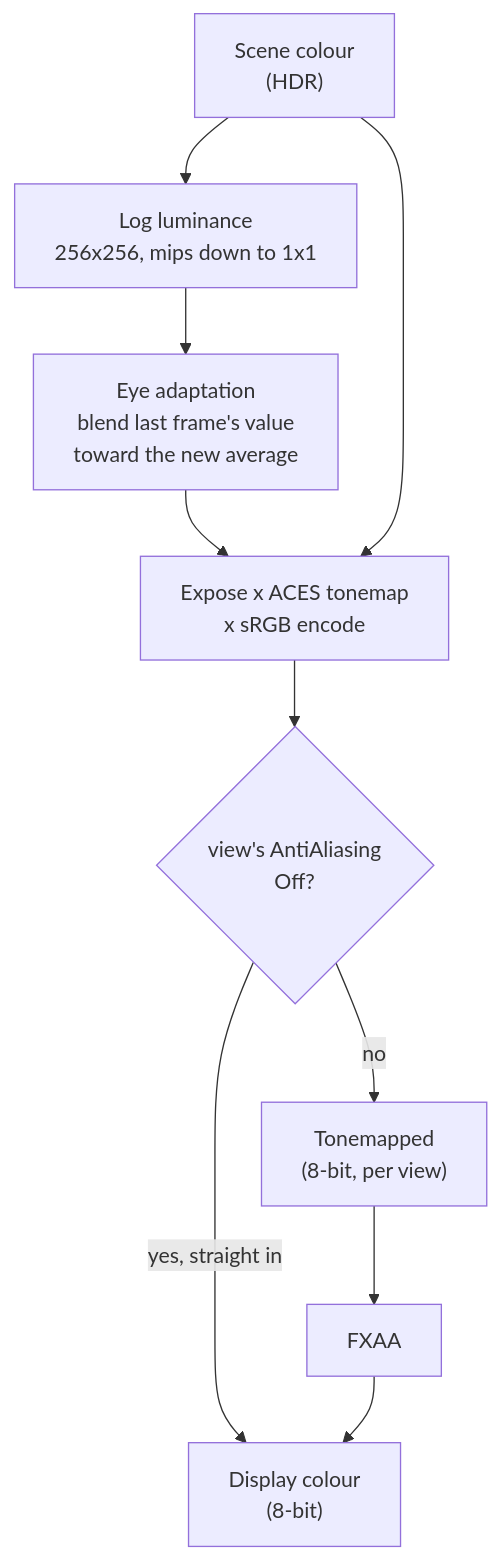
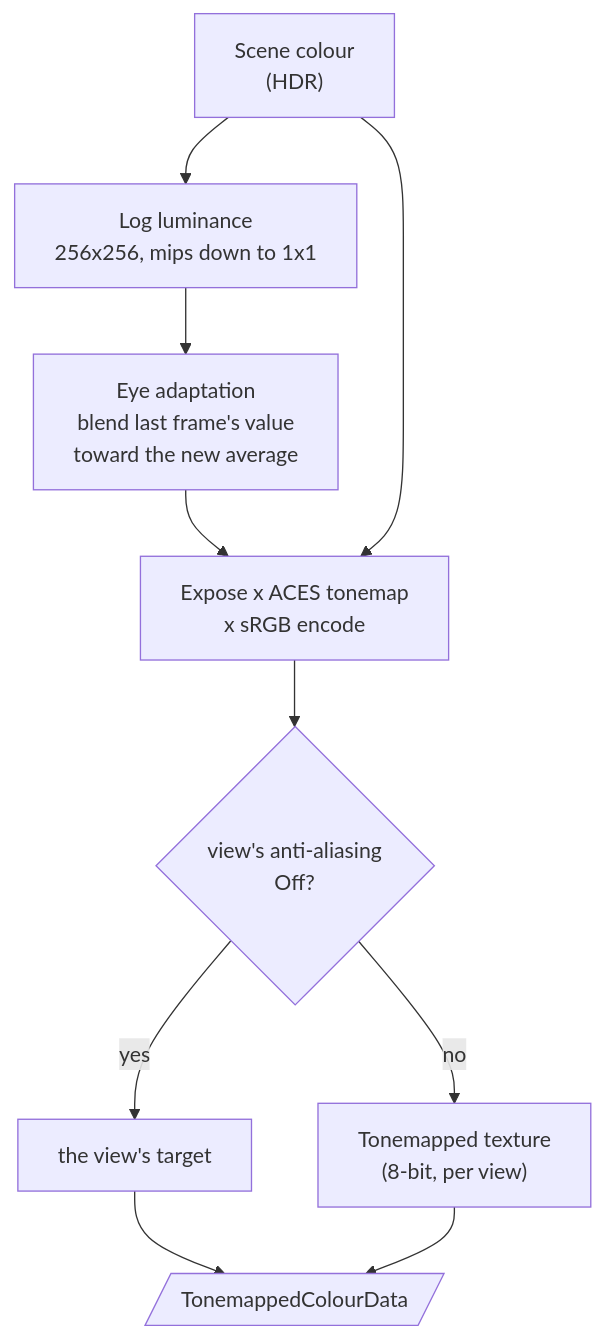
One commit to b1nary0/RZE changed the fifth of 7 diagrams in Docs/Generated/Engine/04-Rendering/Render-Stages.md. Above: the diagram before and after it, drawn with Mermaid. The commit also changed other lines of this file and 9 other files, not shown here.

First line of the commit message:
Docs: SMAA, the anti-aliasing stage and the Graphics settings page

````diff
--- a/Docs/Generated/Engine/04-Rendering/Render-Stages.md
+++ b/Docs/Generated/Engine/04-Rendering/Render-Stages.md
@@ -258,13 +263,13 @@
 ```mermaid
 %%{init: {'flowchart': {'subGraphTitleMargin': {'top': 6, 'bottom': 10}}, 'themeCSS': '.labelBkg, .edgeLabel { background-color: var(--background-primary) !important; } .messageText, .labelText, .loopText { paint-order: stroke; stroke: var(--background-primary); stroke-width: 12px; stroke-linejoin: round; }'}}%%
 flowchart TD
     S["Scene colour<br/>(HDR)"] --> L["Log luminance<br/>256x256, mips down to 1x1"]
     L --> A["Eye adaptation<br/>blend last frame's value<br/>toward the new average"]
     A --> T["Expose x ACES tonemap<br/>x sRGB encode"]
     S --> T
-    T --> Q{"view's AntiAliasing<br/>Off?"}
-    Q -->|yes, straight in| D["Display colour<br/>(8-bit)"]
-    Q -->|no| I["Tonemapped<br/>(8-bit, per view)"]
-    I --> F["FXAA"]
-    F --> D
+    T --> Q{"view's anti-aliasing<br/>Off?"}
+    Q -->|yes| D["the view's target"]
+    Q -->|no| I["Tonemapped texture<br/>(8-bit, per view)"]
+    D --> TCD[/"TonemappedColourData"/]
+    I --> TCD
 ```
````
